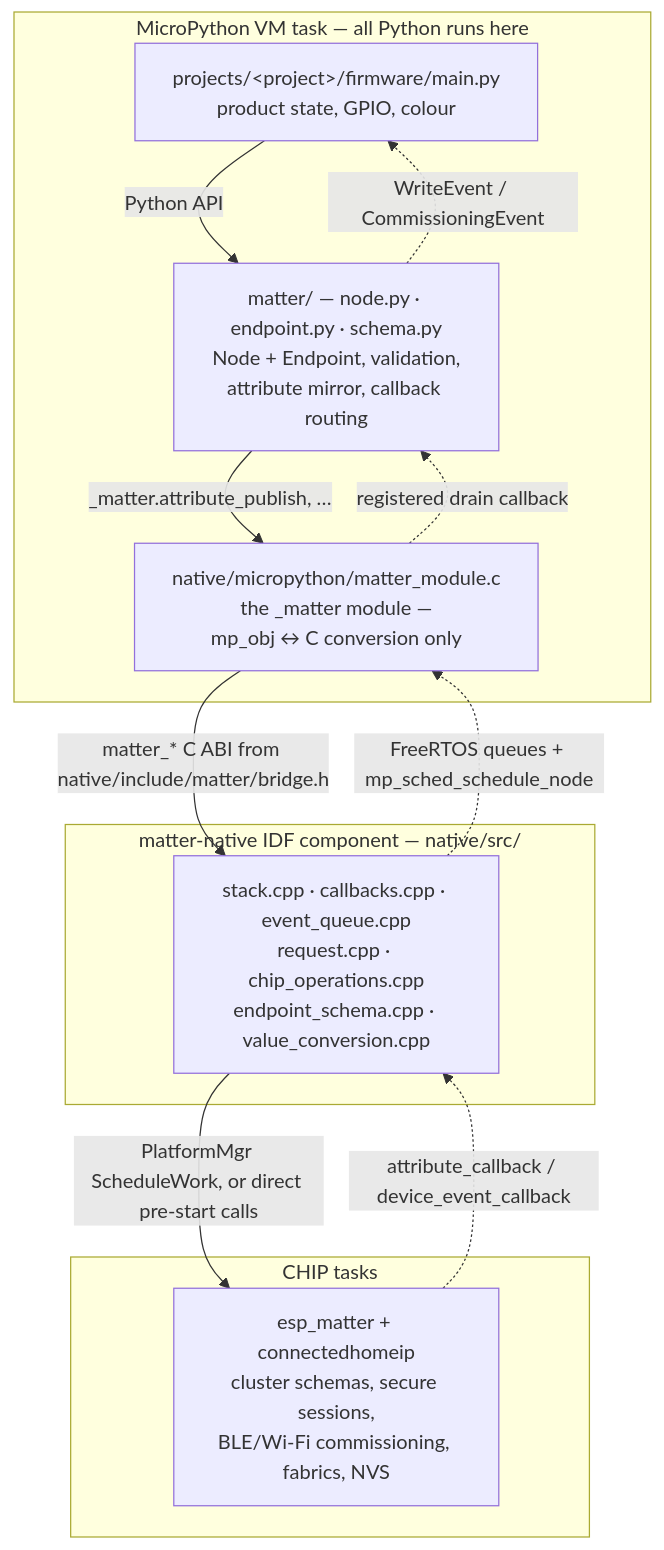
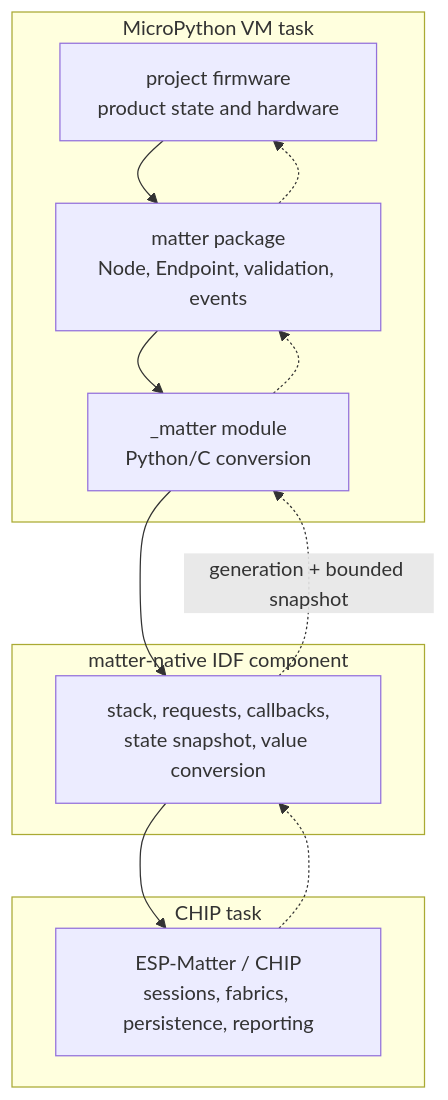
Before and after one commit to khlam/micropython-boardfarm: the first of 3 diagrams in firmware-packages/matter/ARCHITECTURE.md, drawn with Mermaid. The commit also changed other lines of this file and 149 other files, not shown here.

Commit message:
Project/matter radar (#26)

````diff
--- a/firmware-packages/matter/ARCHITECTURE.md
+++ b/firmware-packages/matter/ARCHITECTURE.md
@@ -9,23 +10,19 @@
 ```mermaid
 flowchart TB
-    subgraph vm["MicroPython VM task — all Python runs here"]
-        app["projects/&lt;project&gt;/firmware/main.py<br/>product state, GPIO, colour"]
-        pkg["matter/ — node.py · endpoint.py · schema.py<br/>Node + Endpoint, validation,<br/>attribute mirror, callback routing"]
-        mod["native/micropython/matter_module.c<br/>the _matter module —<br/>mp_obj ↔ C conversion only"]
+    subgraph vm["MicroPython VM task"]
+        app["project firmware<br/>product state and hardware"]
+        package["matter package<br/>Node, Endpoint, validation, events"]
+        module["_matter module<br/>Python/C conversion"]
     end
-    subgraph comp["matter-native IDF component — native/src/"]
-        stack["stack.cpp · callbacks.cpp · event_queue.cpp<br/>request.cpp · chip_operations.cpp<br/>endpoint_schema.cpp · value_conversion.cpp"]
+    subgraph native["matter-native IDF component"]
+        bridge["stack, requests, callbacks,<br/>state snapshot, value conversion"]
     end
-    subgraph chip["CHIP tasks"]
-        esp["esp_matter + connectedhomeip<br/>cluster schemas, secure sessions,<br/>BLE/Wi-Fi commissioning, fabrics, NVS"]
+    subgraph chip["CHIP task"]
+        matter["ESP-Matter / CHIP<br/>sessions, fabrics, persistence, reporting"]
     end
 
-    app -->|"Python API"| pkg
-    pkg -->|"_matter.attribute_publish, …"| mod
-    mod -->|"matter_* C ABI from native/include/matter/bridge.h"| stack
-    stack -->|"PlatformMgr ScheduleWork, or direct pre-start calls"| esp
-    esp -.->|"attribute_callback / device_event_callback"| stack
-    stack -.->|"FreeRTOS queues + mp_sched_schedule_node"| mod
-    mod -.->|"registered drain callback"| pkg
-    pkg -.->|"WriteEvent / CommissioningEvent"| app
+    app --> package --> module --> bridge --> matter
+    matter -.-> bridge
+    bridge -.->|"generation + bounded snapshot"| module
+    module -.-> package -.-> app
 ```
````
